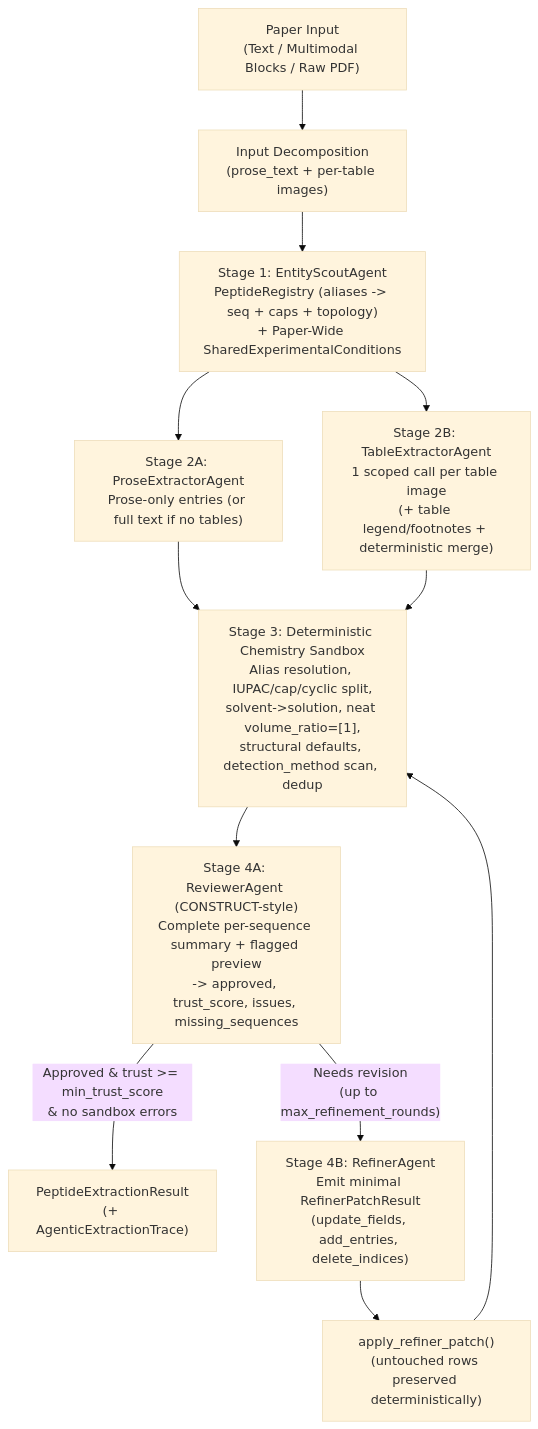
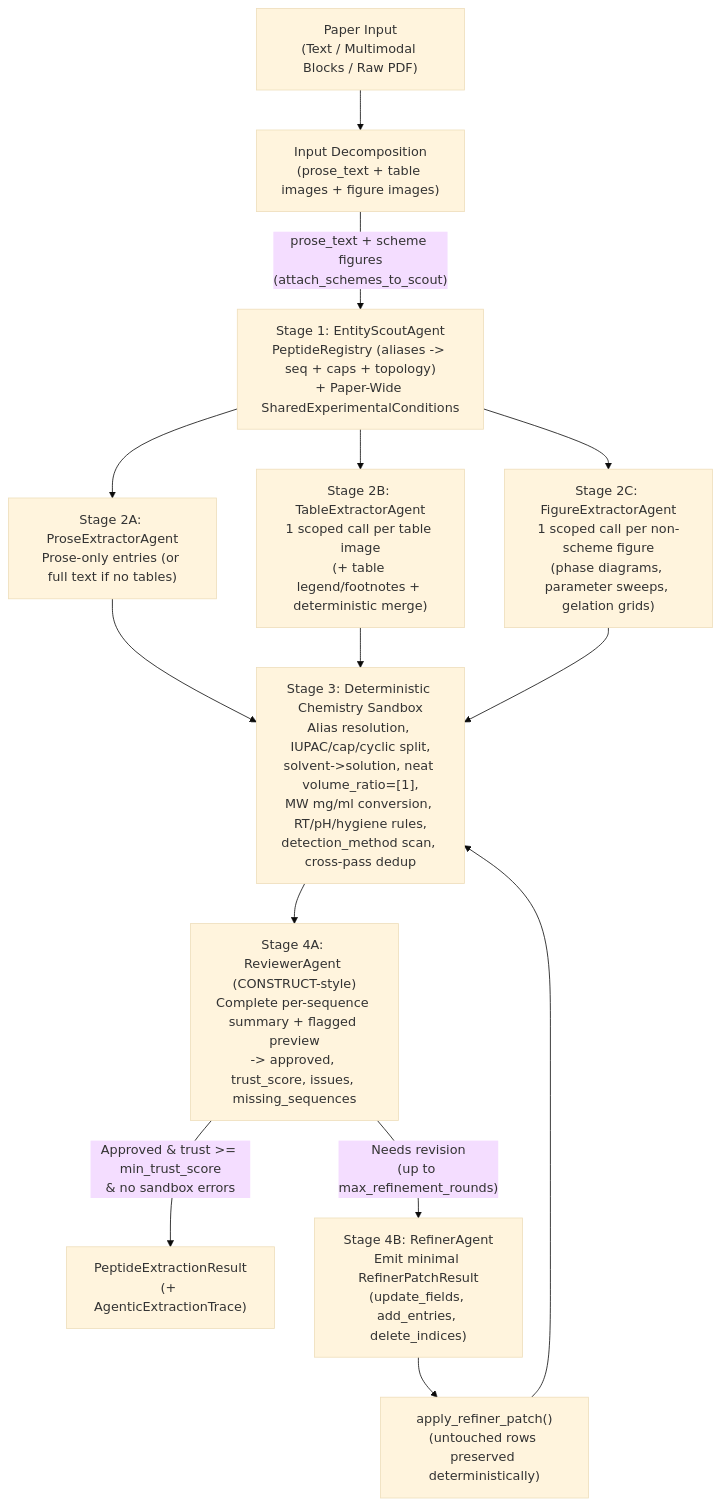
The diagram in docs/project_notes/agentic_extraction.md (can-ersoyy/LLM-Supported-Evidence-Extraction-for-Peptide-Self-Assembly-Research), drawn with Mermaid (base theme) before and after one commit. The commit also changed other lines of this file and 15 other files, not shown here.

````diff
--- a/docs/project_notes/agentic_extraction.md
+++ b/docs/project_notes/agentic_extraction.md
@@ -21,17 +21,19 @@
 ```mermaid
 flowchart TD
-    IN["Paper Input\n(Text / Multimodal Blocks / Raw PDF)"] --> DEC["Input Decomposition\n(prose_text + per-table images)"]
-    DEC --> S1["Stage 1: EntityScoutAgent\nPeptideRegistry (aliases -> seq + caps + topology)\n+ Paper-Wide SharedExperimentalConditions"]
+    IN["Paper Input\n(Text / Multimodal Blocks / Raw PDF)"] --> DEC["Input Decomposition\n(prose_text + table images + figure images)"]
+    DEC -->|"prose_text + scheme figures\n(attach_schemes_to_scout)"| S1["Stage 1: EntityScoutAgent\nPeptideRegistry (aliases -> seq + caps + topology)\n+ Paper-Wide SharedExperimentalConditions"]
 
     S1 --> S2A["Stage 2A: ProseExtractorAgent\nProse-only entries (or full text if no tables)"]
     S1 --> S2B["Stage 2B: TableExtractorAgent\n1 scoped call per table image\n(+ table legend/footnotes + deterministic merge)"]
+    S1 --> S2C["Stage 2C: FigureExtractorAgent\n1 scoped call per non-scheme figure\n(phase diagrams, parameter sweeps, gelation grids)"]
 
-    S2A --> S3["Stage 3: Deterministic Chemistry Sandbox\nAlias resolution, IUPAC/cap/cyclic split,\nsolvent->solution, neat volume_ratio=[1],\nstructural defaults, detection_method scan, dedup"]
+    S2A --> S3["Stage 3: Deterministic Chemistry Sandbox\nAlias resolution, IUPAC/cap/cyclic split,\nsolvent->solution, neat volume_ratio=[1],\nMW mg/ml conversion, RT/pH/hygiene rules,\ndetection_method scan, cross-pass dedup"]
     S2B --> S3
+    S2C --> S3
 
     S3 --> S4A["Stage 4A: ReviewerAgent (CONSTRUCT-style)\nComplete per-sequence summary + flagged preview\n-> approved, trust_score, issues, missing_sequences"]
     S4A -->|"Approved & trust >= min_trust_score\n& no sandbox errors"| OUT["PeptideExtractionResult\n(+ AgenticExtractionTrace)"]
     S4A -->|"Needs revision\n(up to max_refinement_rounds)"| S4B["Stage 4B: RefinerAgent\nEmit minimal RefinerPatchResult\n(update_fields, add_entries, delete_indices)"]
     S4B --> PATCH["apply_refiner_patch()\n(untouched rows preserved deterministically)"]
     PATCH --> S3
 ```
````
